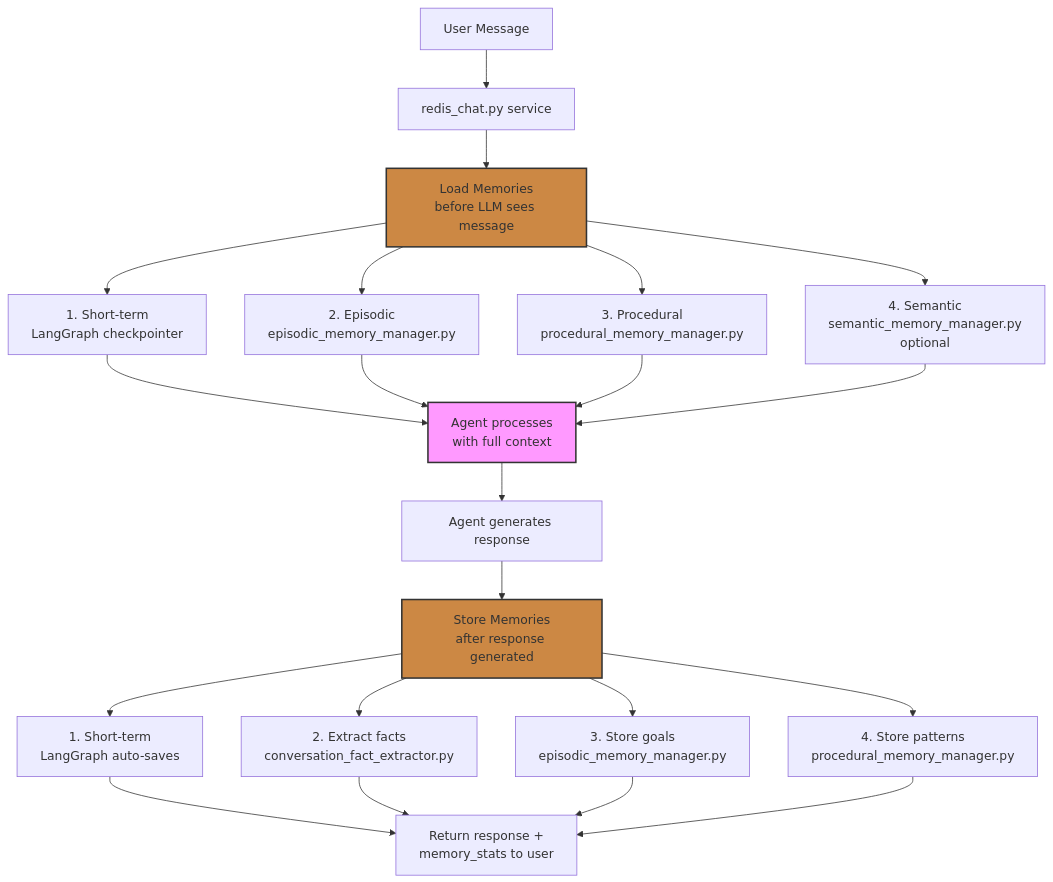
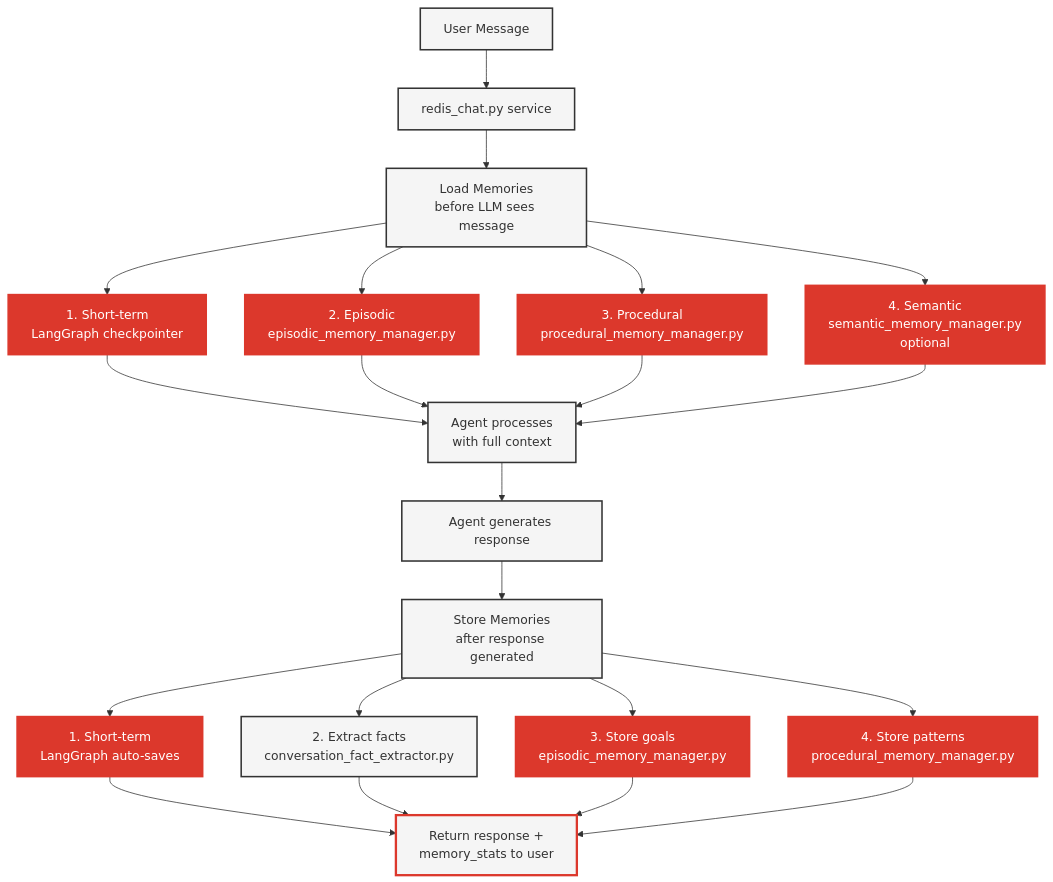
The second of 3 diagrams in docs/13_TOOLS_SERVICES_UTILS_REFERENCE.md (AllieRays/redis-wellness), drawn with Mermaid before and after one commit. The commit also changed other lines of this file and 2 other files, not shown here.

````diff
--- a/docs/13_TOOLS_SERVICES_UTILS_REFERENCE.md
+++ b/docs/13_TOOLS_SERVICES_UTILS_REFERENCE.md
@@ -189,25 +206,37 @@
 ```mermaid
 flowchart TD
     A[User Message] --> B[redis_chat.py service]
 
     B --> C[Load Memories<br/>before LLM sees message]
     C --> D1[1. Short-term<br/>LangGraph checkpointer]
     C --> D2[2. Episodic<br/>episodic_memory_manager.py]
     C --> D3[3. Procedural<br/>procedural_memory_manager.py]
     C --> D4[4. Semantic<br/>semantic_memory_manager.py<br/>optional]
 
     D1 & D2 & D3 & D4 --> E[Agent processes<br/>with full context]
     E --> F[Agent generates response]
 
     F --> G[Store Memories<br/>after response generated]
     G --> H1[1. Short-term<br/>LangGraph auto-saves]
     G --> H2[2. Extract facts<br/>conversation_fact_extractor.py]
     G --> H3[3. Store goals<br/>episodic_memory_manager.py]
     G --> H4[4. Store patterns<br/>procedural_memory_manager.py]
 
     H1 & H2 & H3 & H4 --> I[Return response +<br/>memory_stats to user]
 
-    style C fill:#c84,stroke:#333,stroke-width:2px
-    style G fill:#c84,stroke:#333,stroke-width:2px
-    style E fill:#f9f,stroke:#333,stroke-width:2px
+    style A fill:#f5f5f5,stroke:#333,stroke-width:2px
+    style B fill:#f5f5f5,stroke:#333,stroke-width:2px
+    style C fill:#f5f5f5,stroke:#333,stroke-width:2px
+    style D1 fill:#DC382C,stroke:#DC382C,stroke-width:2px,color:#fff
+    style D2 fill:#DC382C,stroke:#DC382C,stroke-width:2px,color:#fff
+    style D3 fill:#DC382C,stroke:#DC382C,stroke-width:2px,color:#fff
+    style D4 fill:#DC382C,stroke:#DC382C,stroke-width:2px,color:#fff
+    style E fill:#f5f5f5,stroke:#333,stroke-width:2px
+    style F fill:#f5f5f5,stroke:#333,stroke-width:2px
+    style G fill:#f5f5f5,stroke:#333,stroke-width:2px
+    style H1 fill:#DC382C,stroke:#DC382C,stroke-width:2px,color:#fff
+    style H2 fill:#f5f5f5,stroke:#333,stroke-width:2px
+    style H3 fill:#DC382C,stroke:#DC382C,stroke-width:2px,color:#fff
+    style H4 fill:#DC382C,stroke:#DC382C,stroke-width:2px,color:#fff
+    style I fill:#f5f5f5,stroke:#DC382C,stroke-width:3px
 ```
````
